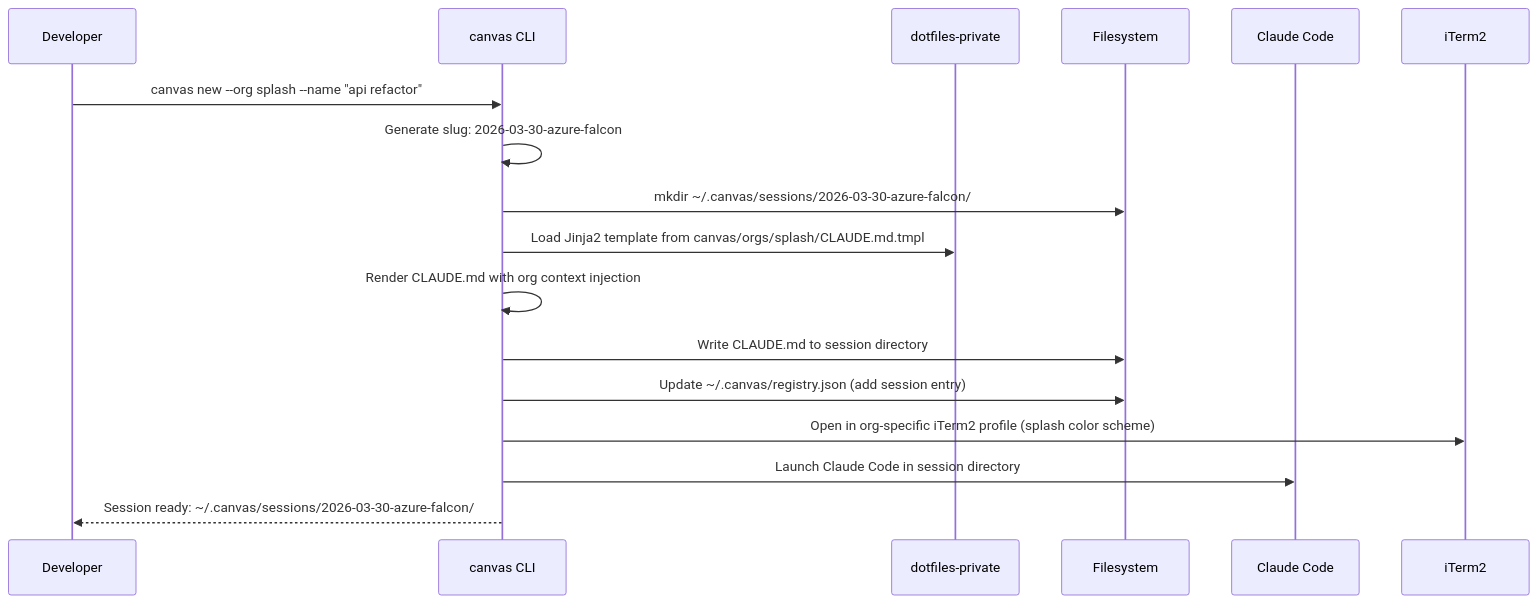
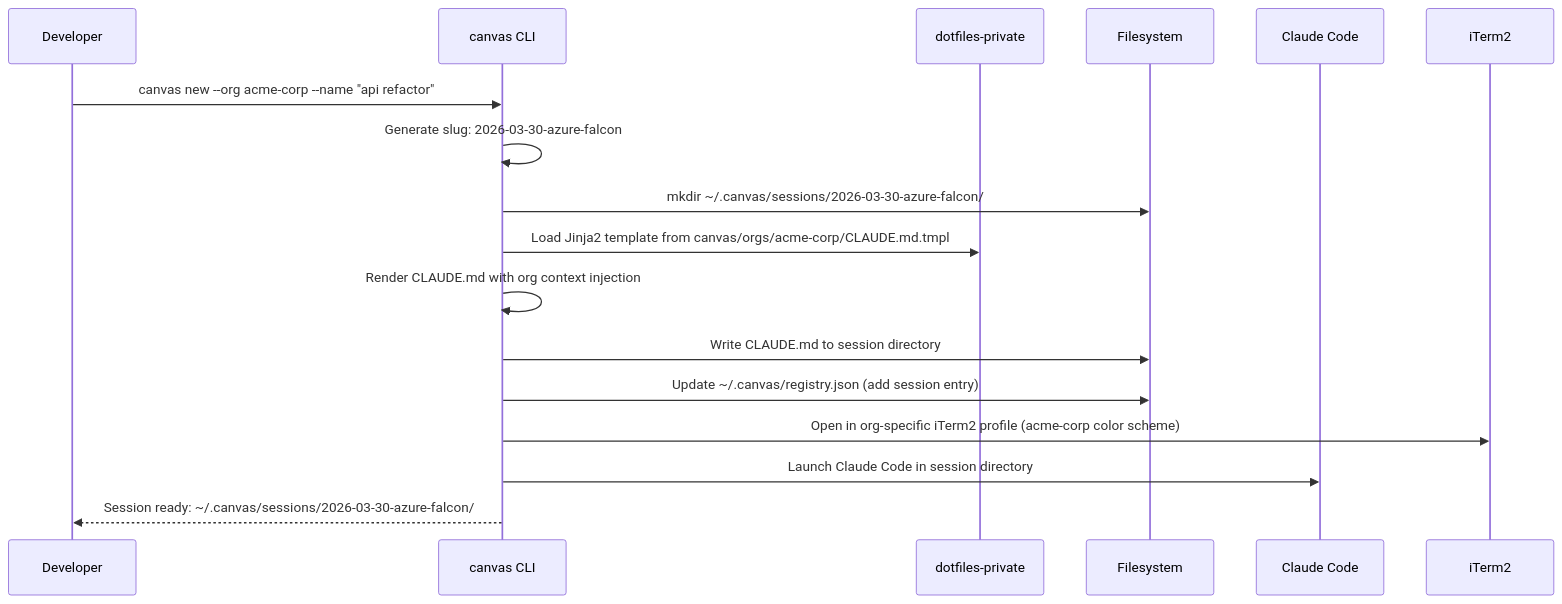
One commit to oakensoul/dotfiles changed the seventh of 7 diagrams in docs/architecture/README.md. Above: the diagram before and after it, drawn with Mermaid. The commit also changed other lines of this file and 3 other files, not shown here.

````diff
--- a/docs/architecture/README.md
+++ b/docs/architecture/README.md
@@ -278,25 +281,25 @@
 ```mermaid
 sequenceDiagram
     participant Dev as Developer
     participant CV as canvas CLI
     participant Priv as dotfiles-private
     participant FS as Filesystem
     participant CC as Claude Code
     participant IT as iTerm2
 
-    Dev->>CV: canvas new --org splash --name "api refactor"
+    Dev->>CV: canvas new --org acme-corp --name "api refactor"
 
     CV->>CV: Generate slug: 2026-03-30-azure-falcon
     CV->>FS: mkdir ~/.canvas/sessions/2026-03-30-azure-falcon/
 
-    CV->>Priv: Load Jinja2 template from canvas/orgs/splash/CLAUDE.md.tmpl
+    CV->>Priv: Load Jinja2 template from canvas/orgs/acme-corp/CLAUDE.md.tmpl
     CV->>CV: Render CLAUDE.md with org context injection
     CV->>FS: Write CLAUDE.md to session directory
 
     CV->>FS: Update ~/.canvas/registry.json (add session entry)
 
-    CV->>IT: Open in org-specific iTerm2 profile (splash color scheme)
+    CV->>IT: Open in org-specific iTerm2 profile (acme-corp color scheme)
     CV->>CC: Launch Claude Code in session directory
 
     CV-->>Dev: Session ready: ~/.canvas/sessions/2026-03-30-azure-falcon/
 ```
````
